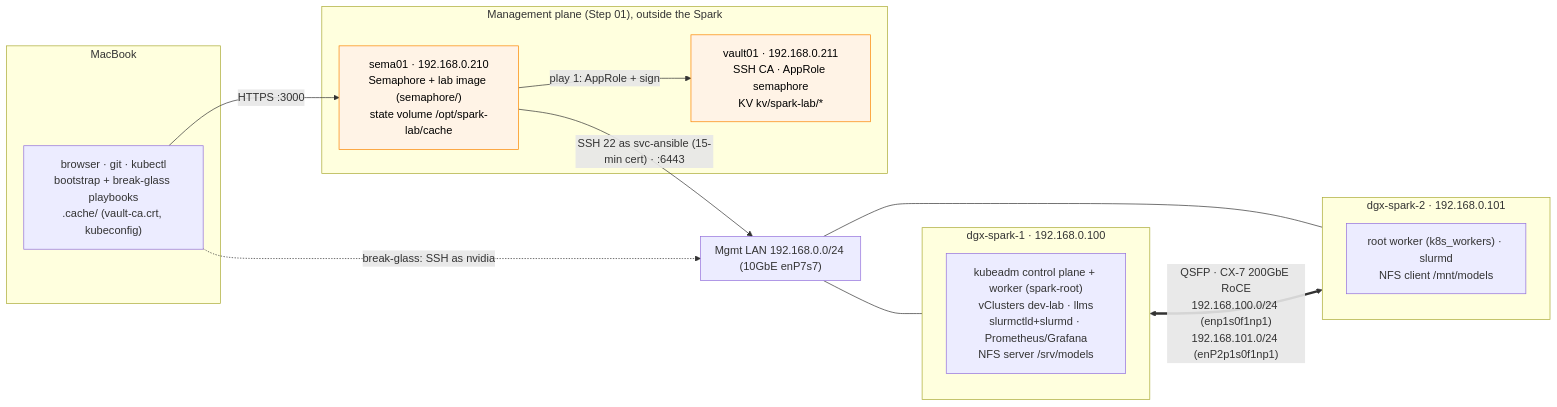
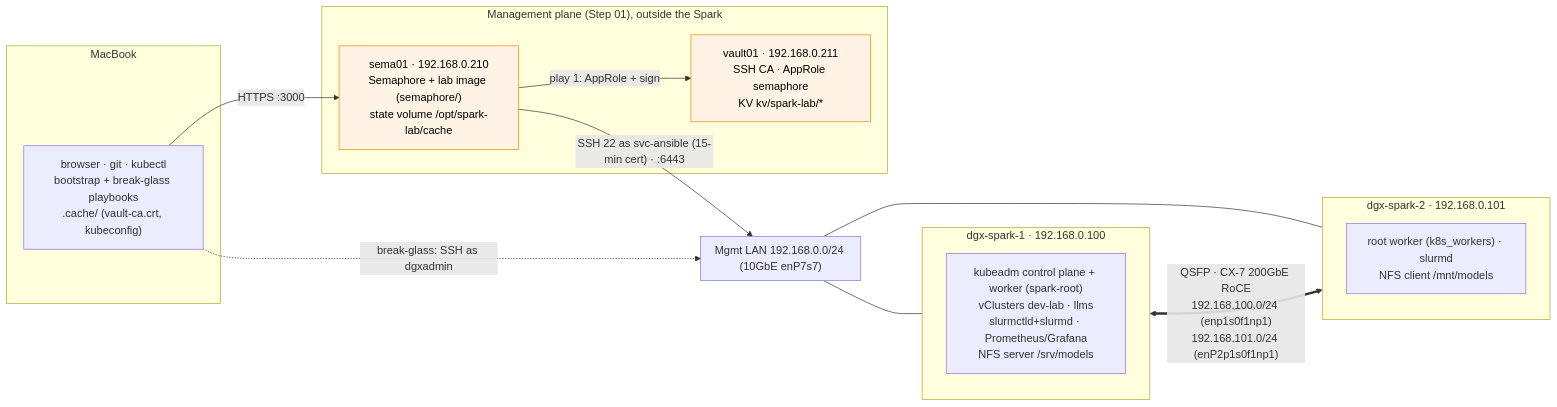
Before and after one commit to cloudone365/technical-depth: the diagram in 01 Ansible/lab/README.md, drawn with Mermaid. The commit also changed other lines of this file and 42 other files, not shown here.

````diff
--- a/01 Ansible/lab/README.md
+++ b/01 Ansible/lab/README.md
@@ -75,27 +75,27 @@
 ```mermaid
 flowchart LR
   subgraph MAC["MacBook"]
     A["browser · git · kubectl<br/>bootstrap + break-glass playbooks<br/>.cache/ (vault-ca.crt, kubeconfig)"]
   end
   subgraph MP["Management plane (Step 01), outside the Spark"]
     SEMA["sema01 · 192.168.0.210<br/>Semaphore + lab image (semaphore/)<br/>state volume /opt/spark-lab/cache"]
     VAULT["vault01 · 192.168.0.211<br/>SSH CA · AppRole semaphore<br/>KV kv/spark-lab/*"]
   end
   subgraph MGMT["Mgmt LAN 192.168.0.0/24 (10GbE enP7s7)"]
   end
   subgraph S1["dgx-spark-1 · 192.168.0.100"]
     S1a["kubeadm control plane + worker (spark-root)<br/>vClusters dev-lab · llms<br/>slurmctld+slurmd · Prometheus/Grafana<br/>NFS server /srv/models"]
   end
   subgraph S2["dgx-spark-2 · 192.168.0.101"]
     S2a["root worker (k8s_workers) · slurmd<br/>NFS client /mnt/models"]
   end
   A -- "HTTPS :3000" --> SEMA
   SEMA -- "play 1: AppRole + sign" --> VAULT
   SEMA -- "SSH 22 as svc-ansible (15-min cert) · :6443" --> MGMT
-  A -. "break-glass: SSH as nvidia" .-> MGMT
+  A -. "break-glass: SSH as dgxadmin" .-> MGMT
   MGMT --- S1
   MGMT --- S2
   S1 <== "QSFP · CX-7 200GbE RoCE<br/>192.168.100.0/24 (enp1s0f1np1)<br/>192.168.101.0/24 (enP2p1s0f1np1)" ==> S2
   classDef mgmt fill:#fff3e6,stroke:#fb8500,color:#000
   class SEMA,VAULT mgmt
 ```
````
